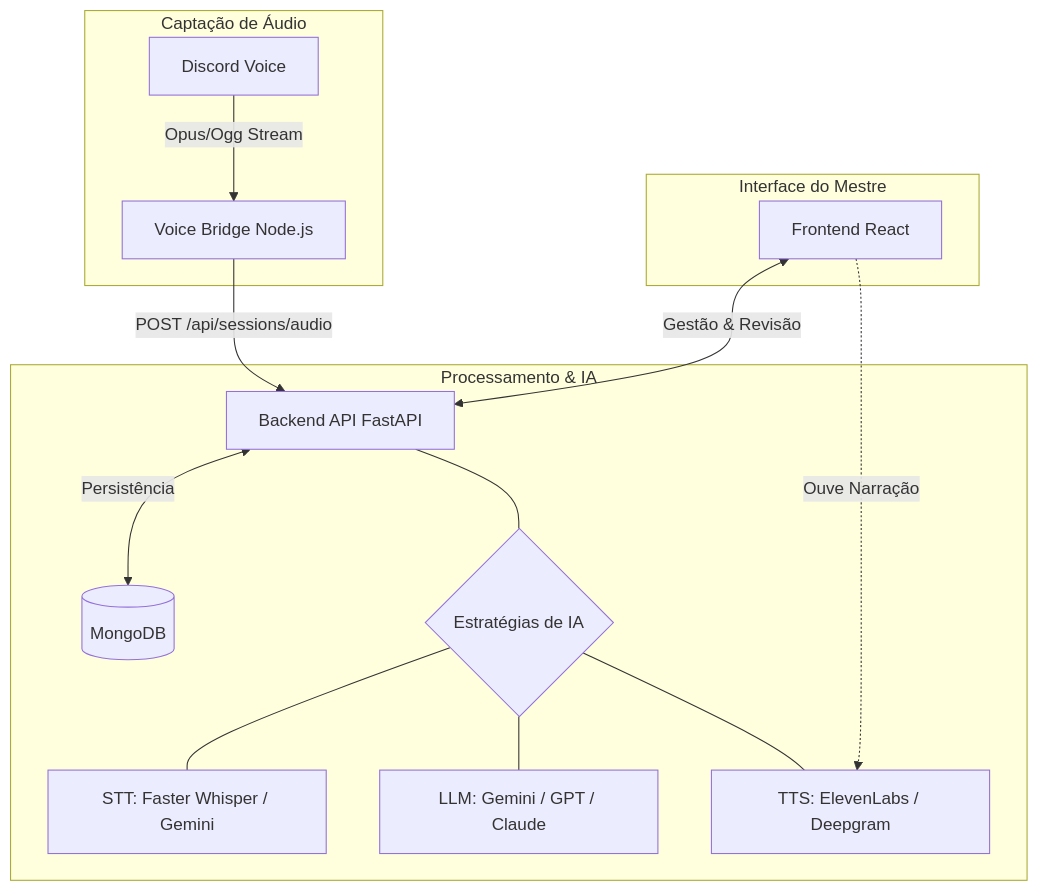
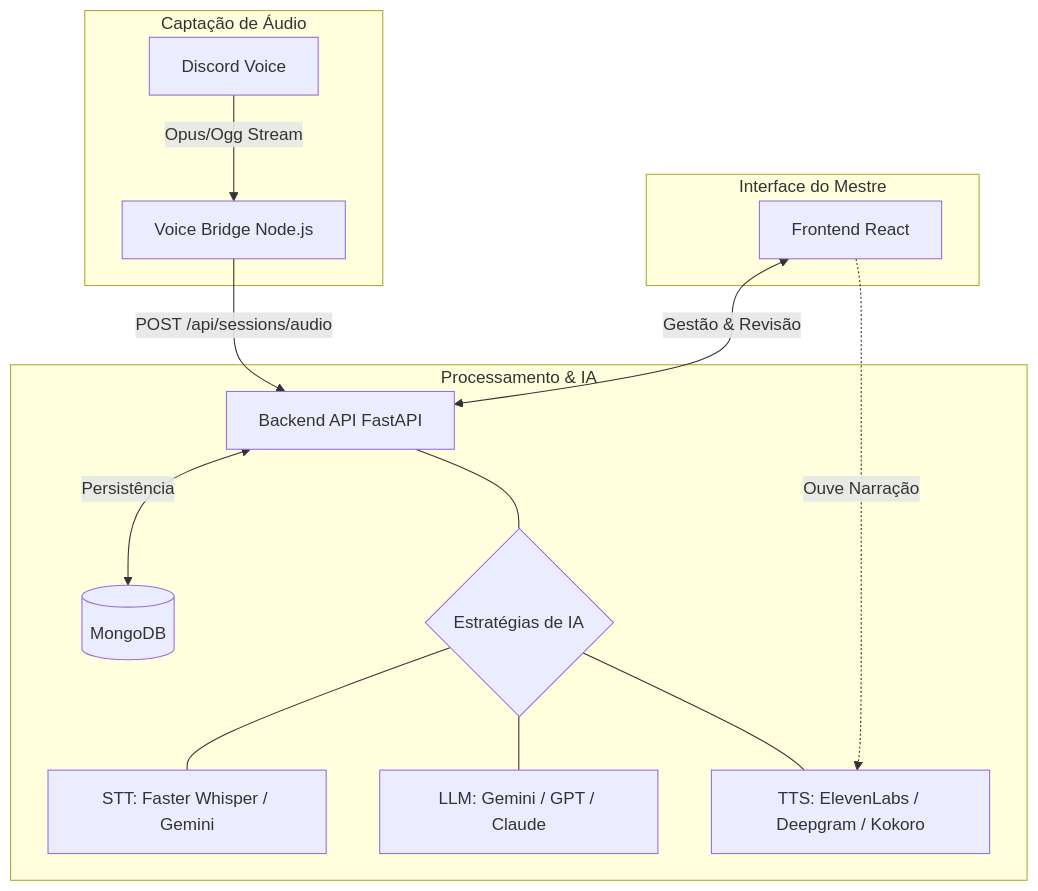
The diagram in README.md (mukasc/EchoBot), drawn with Mermaid before and after one commit. The commit also changed other lines of this file and 13 other files, not shown here.

First line of the commit message:
feat: native Kokoro TTS integration and dynamic provider/voice UI

````diff
--- a/README.md
+++ b/README.md
@@ -27,31 +27,31 @@
 ```mermaid
 graph TD
     subgraph "Captação de Áudio"
         A[Discord Voice] -->|Opus/Ogg Stream| B[Voice Bridge Node.js]
     end
 
     subgraph "Processamento & IA"
         C[Backend API FastAPI]
         D[(MongoDB)]
         E{Estratégias de IA}
         
         E1[STT: Faster Whisper / Gemini]
         E2[LLM: Gemini / GPT / Claude]
-        E3[TTS: ElevenLabs / Deepgram]
+        E3[TTS: ElevenLabs / Deepgram / Kokoro]
     end
 
     subgraph "Interface do Mestre"
         G[Frontend React]
     end
 
     B -->|POST /api/sessions/audio| C
     C <-->|Persistência| D
     
     C --- E
     E --- E1
     E --- E2
     E --- E3
     
     G <-->|Gestão & Revisão| C
     G -.->|Ouve Narração| E3
 ```
````
